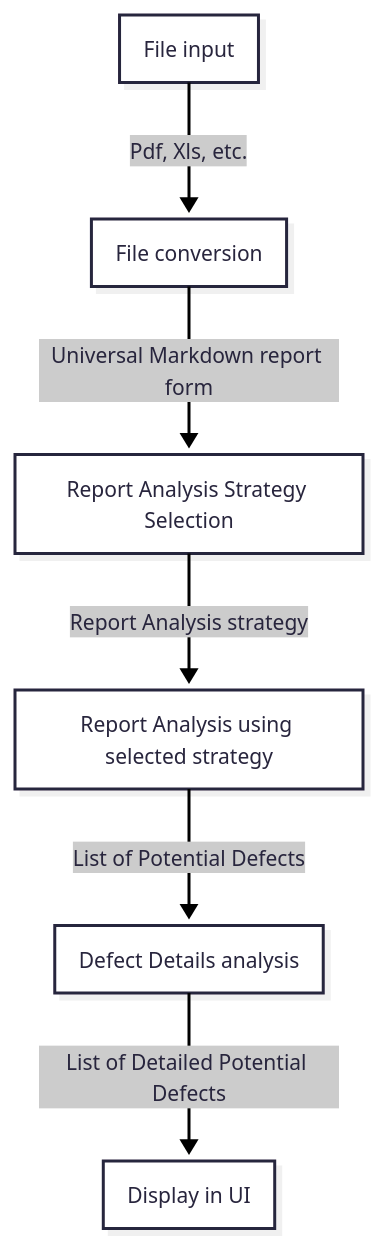
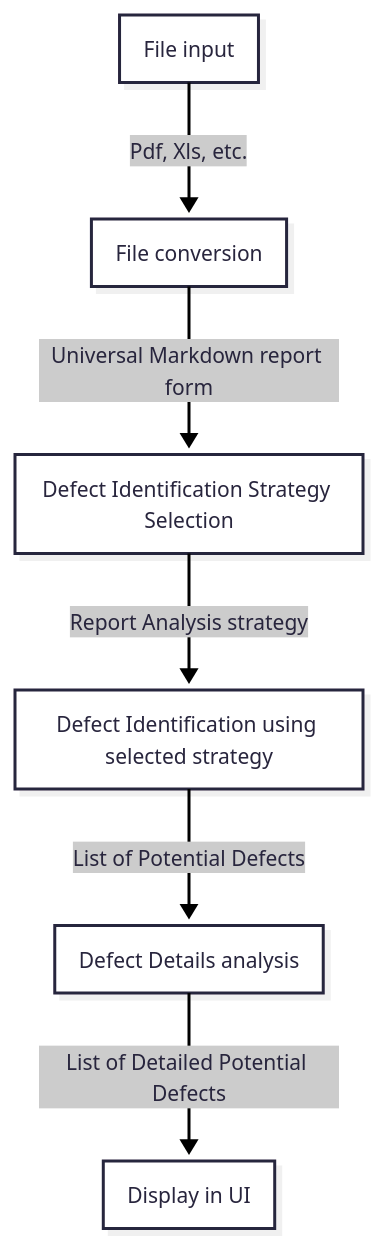
The diagram in docs/Architecture.md (agentsifyai/aider), drawn with Mermaid before and after one commit. The commit also changed other lines of this file and 3 other files, not shown here.

````diff
--- a/docs/Architecture.md
+++ b/docs/Architecture.md
@@ -7,15 +7,15 @@
 ```mermaid
 ---
 config:
   look: neo
   layout: elk
   theme: redux
 ---
 flowchart TD
     n1["File input"] -- "Pdf, Xls, etc." --> n2["File conversion"]
-    n2 -- Universal Markdown report form --> n3["Report Analysis Strategy Selection"]
-    n3 -- Report Analysis strategy --> n4["Report Analysis using selected strategy"]
+    n2 -- Universal Markdown report form --> n3["Defect Identification Strategy Selection"]
+    n3 -- Report Analysis strategy --> n4["Defect Identification using selected strategy"]
     n4 -- List of Potential Defects --> n5["Defect Details analysis"]
     n5 -- List of Detailed Potential Defects --> n6["Display in UI"]
 
 ```
````
